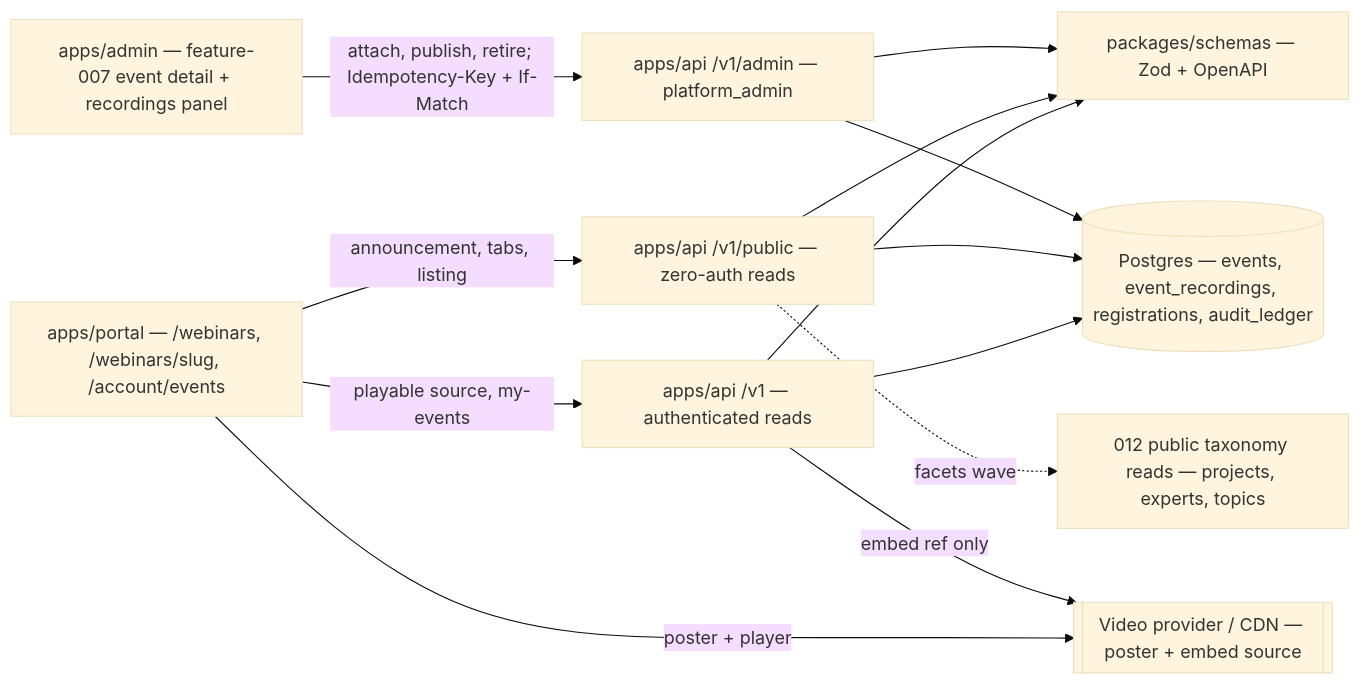
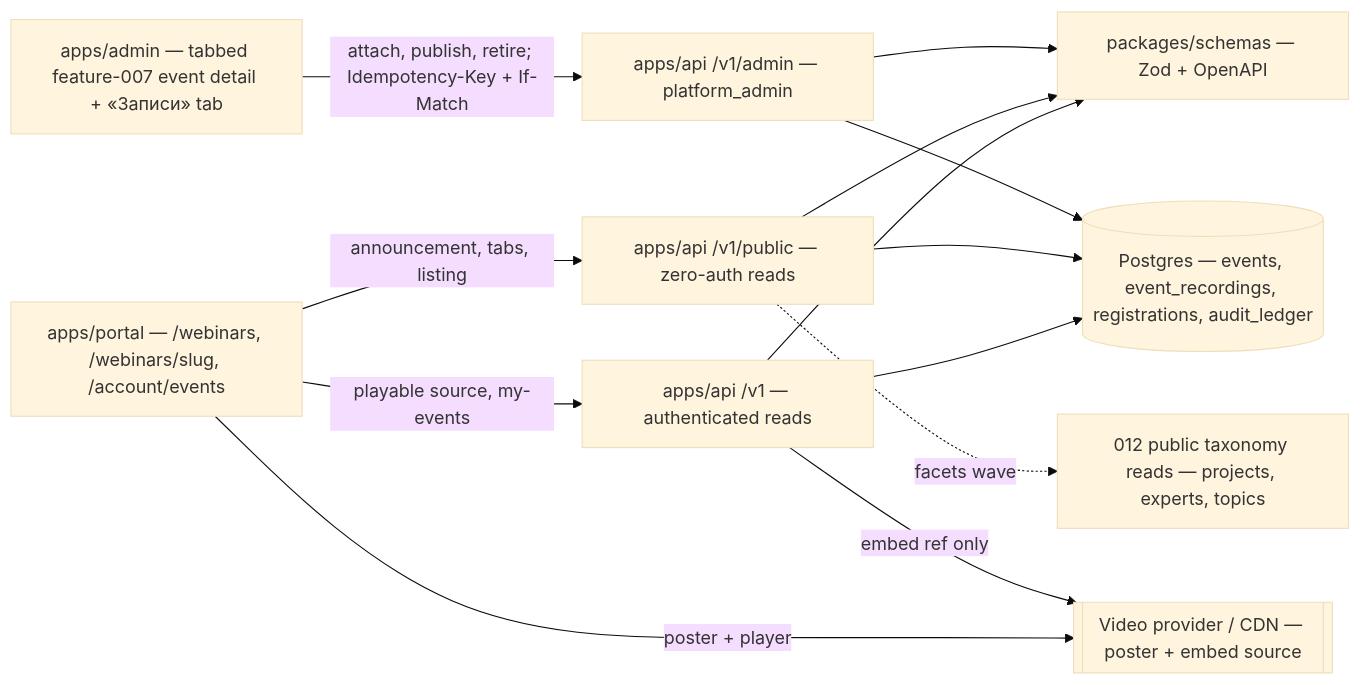
One commit to doctor-school/ds-platform changed the first of 11 diagrams in apps/docs/content/specs/features/014-event-recordings/014-design.md. Above: the diagram before and after it, drawn with Mermaid (base theme). The commit also changed other lines of this file and 4 other files, not shown here.

````diff
--- a/apps/docs/content/specs/features/014-event-recordings/014-design.md
+++ b/apps/docs/content/specs/features/014-event-recordings/014-design.md
@@ -22,25 +22,25 @@
 ```mermaid
 flowchart LR
-  ADM[apps/admin — feature-007 event detail + recordings panel]
+  ADM[apps/admin — tabbed feature-007 event detail + «Записи» tab]
   PORTAL[apps/portal — /webinars, /webinars/slug, /account/events]
   APIA["apps/api /v1/admin — platform_admin"]
   APIP["apps/api /v1/public — zero-auth reads"]
   APIU["apps/api /v1 — authenticated reads"]
   SCH[packages/schemas — Zod + OpenAPI]
   DB[(Postgres — events, event_recordings, registrations, audit_ledger)]
   TAX["012 public taxonomy reads — projects, experts, topics"]
   MEDIA[[Video provider / CDN — poster + embed source]]
 
   ADM -->|"attach, publish, retire; Idempotency-Key + If-Match"| APIA
   APIA --> SCH
   APIP --> SCH
   APIU --> SCH
   APIA --> DB
   APIP --> DB
   APIU --> DB
   PORTAL -->|announcement, tabs, listing| APIP
   PORTAL -->|playable source, my-events| APIU
   APIP -.->|facets wave| TAX
   APIU -->|embed ref only| MEDIA
   PORTAL -->|poster + player| MEDIA
 ```
````
